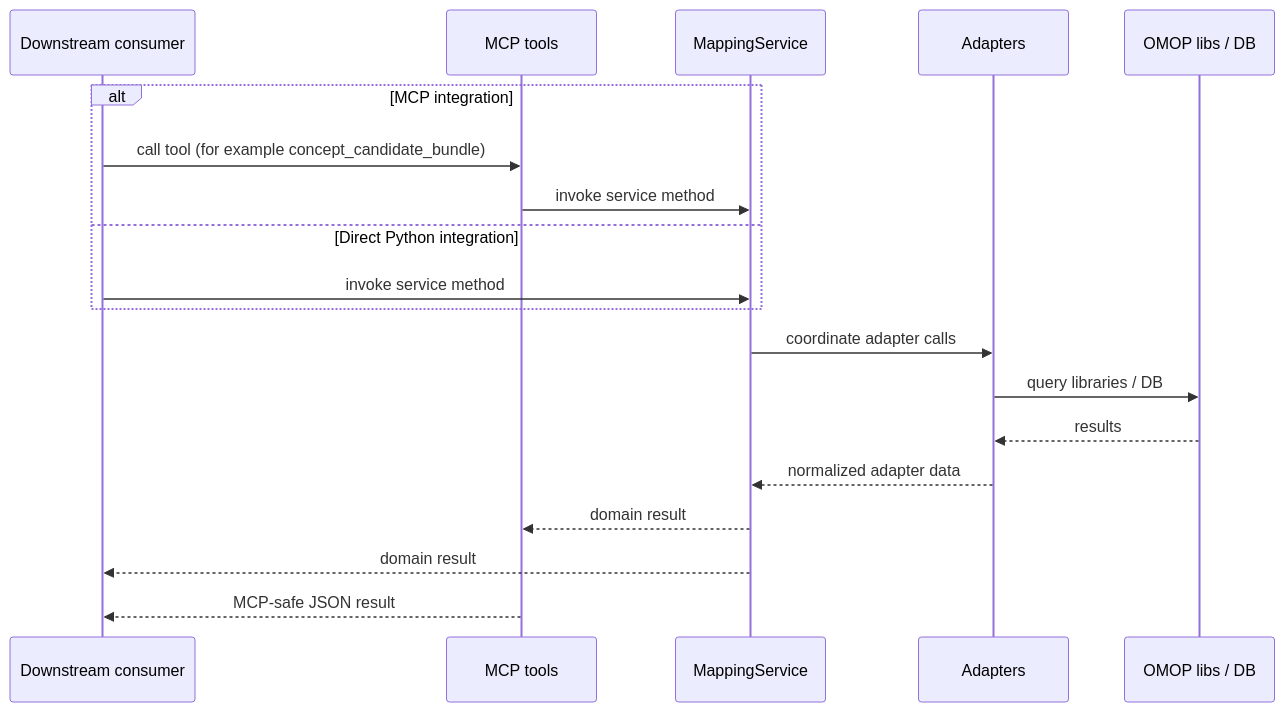
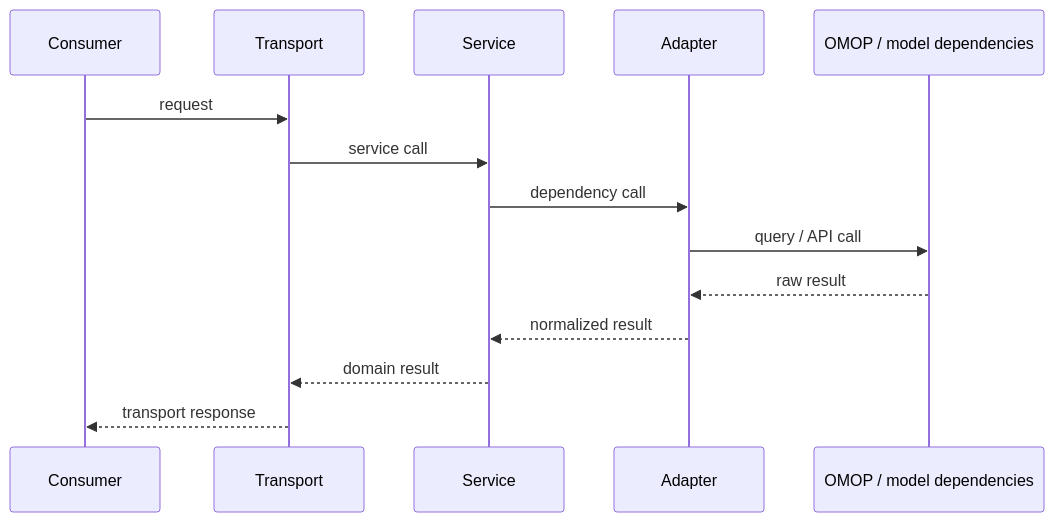
The diagram in docs/usage/integrations.md (AustralianCancerDataNetwork/groundworkers), drawn with Mermaid before and after one commit. The commit also changed other lines of this file and 85 other files, not shown here.

````diff
--- a/docs/usage/integrations.md
+++ b/docs/usage/integrations.md
@@ -30,22 +21,17 @@
 ```mermaid
 sequenceDiagram
-    participant C as Downstream consumer
-    participant M as MCP tools
-    participant S as MappingService
-    participant A as Adapters
-    participant D as OMOP libs / DB
+    participant C as Consumer
+    participant T as Transport
+    participant S as Service
+    participant A as Adapter
+    participant D as OMOP / model dependencies
 
-    alt MCP integration
-        C->>M: call tool (for example concept_candidate_bundle)
-        M->>S: invoke service method
-    else Direct Python integration
-        C->>S: invoke service method
-    end
-    S->>A: coordinate adapter calls
-    A->>D: query libraries / DB
-    D-->>A: results
-    A-->>S: normalized adapter data
-    S-->>M: domain result
-    S-->>C: domain result
-    M-->>C: MCP-safe JSON result
+    C->>T: request
+    T->>S: service call
+    S->>A: dependency call
+    A->>D: query / API call
+    D-->>A: raw result
+    A-->>S: normalized result
+    S-->>T: domain result
+    T-->>C: transport response
 ```
````
